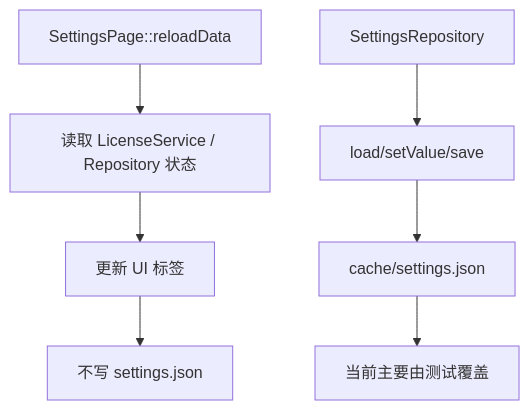
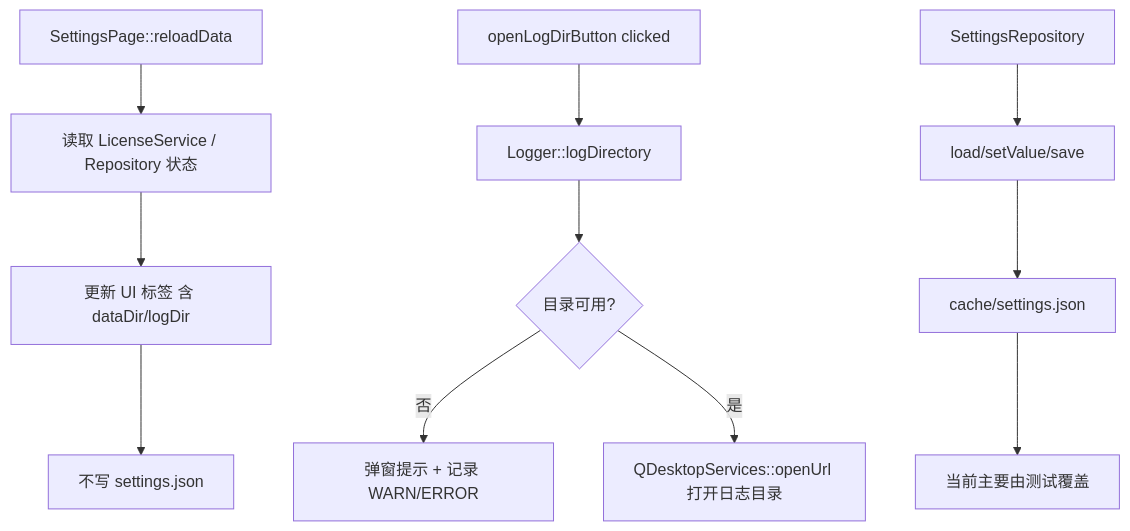
One commit to yfchenggithub/math_search_win changed the seventh of 9 diagrams in docs/runtime_flow.md. Above: the diagram before and after it, drawn with Mermaid. The commit also changed other lines of this file and 7 other files, not shown here.

````diff
--- a/docs/runtime_flow.md
+++ b/docs/runtime_flow.md
@@ -208,10 +209,15 @@
 ```mermaid
 flowchart TD
   A[SettingsPage::reloadData] --> B[读取 LicenseService / Repository 状态]
-  B --> C[更新 UI 标签]
+  B --> C[更新 UI 标签 含 dataDir/logDir]
   C --> D[不写 settings.json]
+
+  I[openLogDirButton clicked] --> J[Logger::logDirectory]
+  J --> K{目录可用?}
+  K -- 否 --> L[弹窗提示 + 记录 WARN/ERROR]
+  K -- 是 --> M[QDesktopServices::openUrl 打开日志目录]
 
   E[SettingsRepository] --> F[load/setValue/save]
   F --> G[cache/settings.json]
   G --> H[当前主要由测试覆盖]
 ```
````
